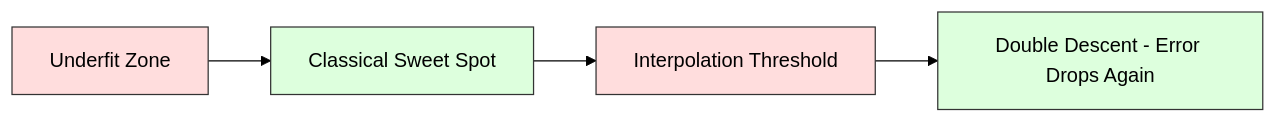
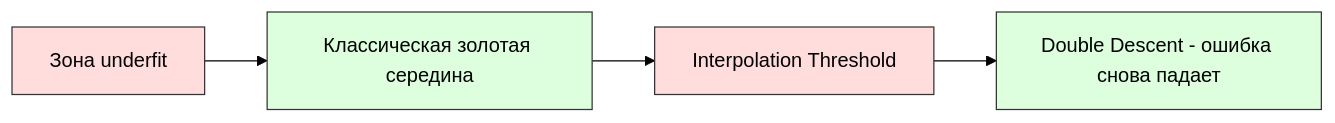
Before and after one commit to stabuev/ai-engineering-from-scratch: the second of 5 diagrams in phases/02-ml-fundamentals/10-bias-variance/docs/ru.md, drawn with Mermaid (forest theme). The commit also changed other lines of this file and 22 other files, not shown here.

````diff
--- a/phases/02-ml-fundamentals/10-bias-variance/docs/ru.md
+++ b/phases/02-ml-fundamentals/10-bias-variance/docs/ru.md
@@ -110,11 +110,11 @@
 ```mermaid
 graph LR
-    A[Underfit Zone] --> B[Classical Sweet Spot]
+    A[Зона underfit] --> B[Классическая золотая середина]
     B --> C[Interpolation Threshold]
-    C --> D[Double Descent - Error Drops Again]
+    C --> D[Double Descent - ошибка снова падает]
 
     style A fill:#fdd,stroke:#333
     style B fill:#dfd,stroke:#333
     style C fill:#fdd,stroke:#333
     style D fill:#dfd,stroke:#333
 ```
````
